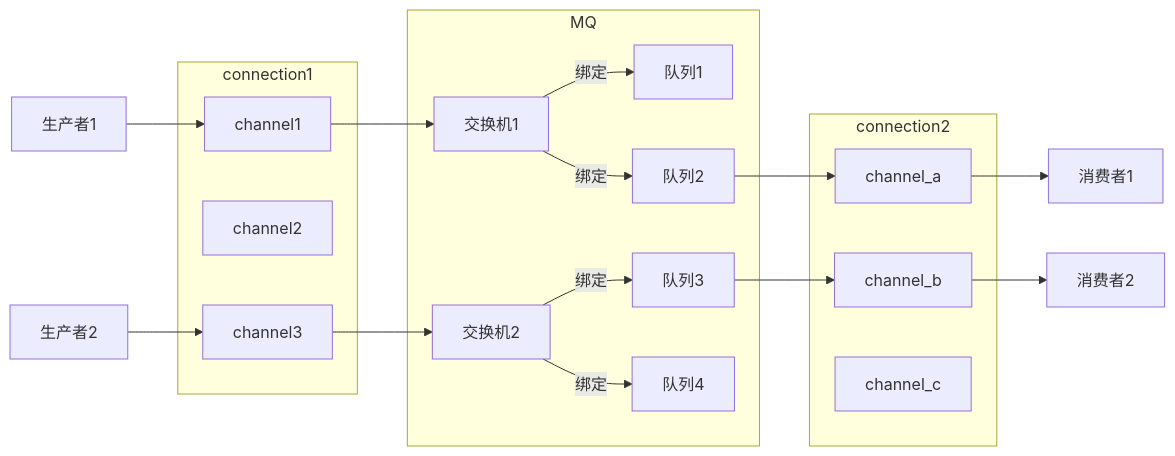
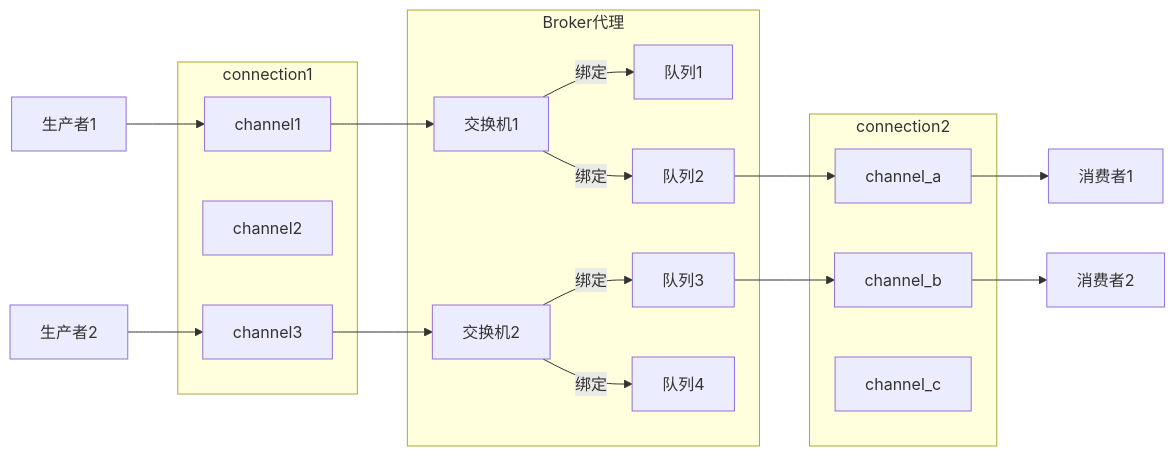
The eighth of 15 diagrams in RabbitMQ/RabbitMQ.md (ProgZhou/Java_Learning_Note), drawn with Mermaid before and after one commit. The commit also changed other lines of this file and 19 other files, not shown here.

````diff
--- a/RabbitMQ/RabbitMQ.md
+++ b/RabbitMQ/RabbitMQ.md
@@ -158,32 +221,32 @@
 ```mermaid
 graph LR;
 subgraph connection1
 channel1
 channel2
 channel3
 end
 subgraph connection2
 channel_a
 channel_b
 channel_c
 end
-subgraph MQ
+subgraph Broker代理
 交换机1 --> |绑定| 队列1
 交换机1 --> |绑定| 队列2
 交换机2 --> |绑定| 队列3
 交换机2 --> |绑定| 队列4
 end
 生产者1 --> channel1
 生产者2 --> channel3
 
 channel1 --> 交换机1
 channel3 --> 交换机2
 
 队列2 --> channel_a
 队列3 --> channel_b
 
 channel_a --> 消费者1
 channel_b --> 消费者2
 
 
 ```
````
